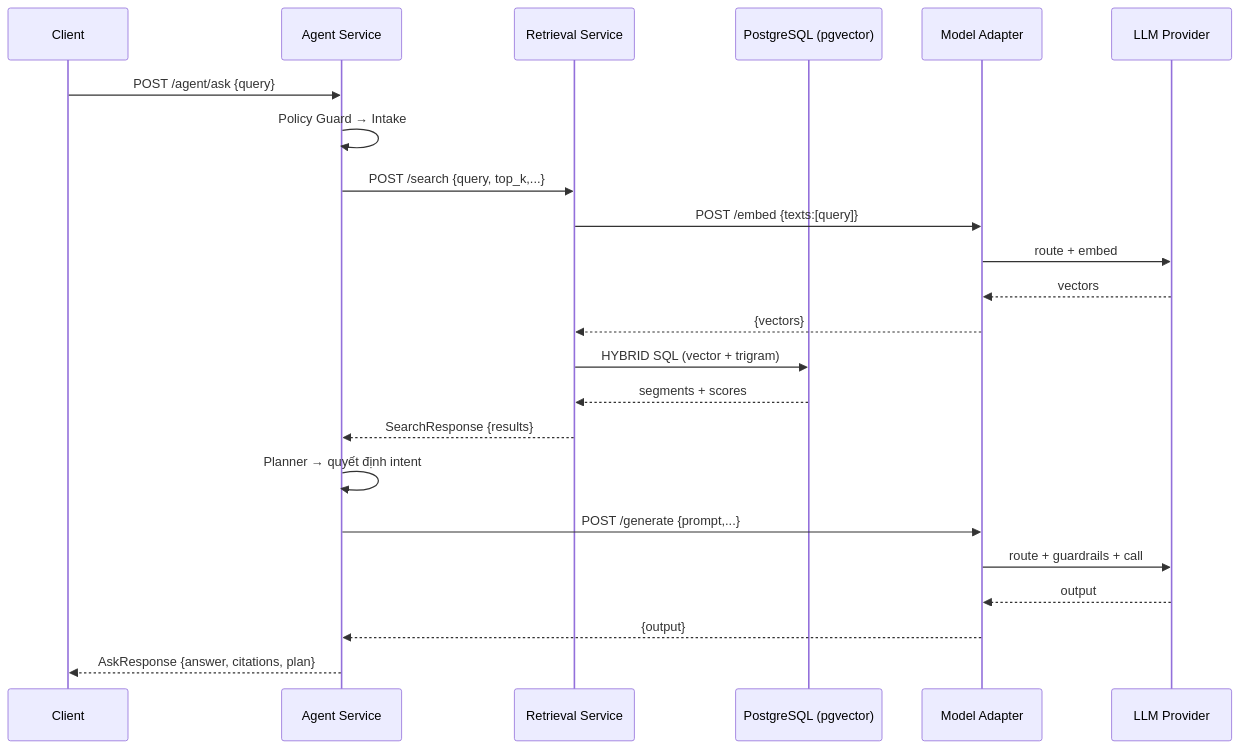
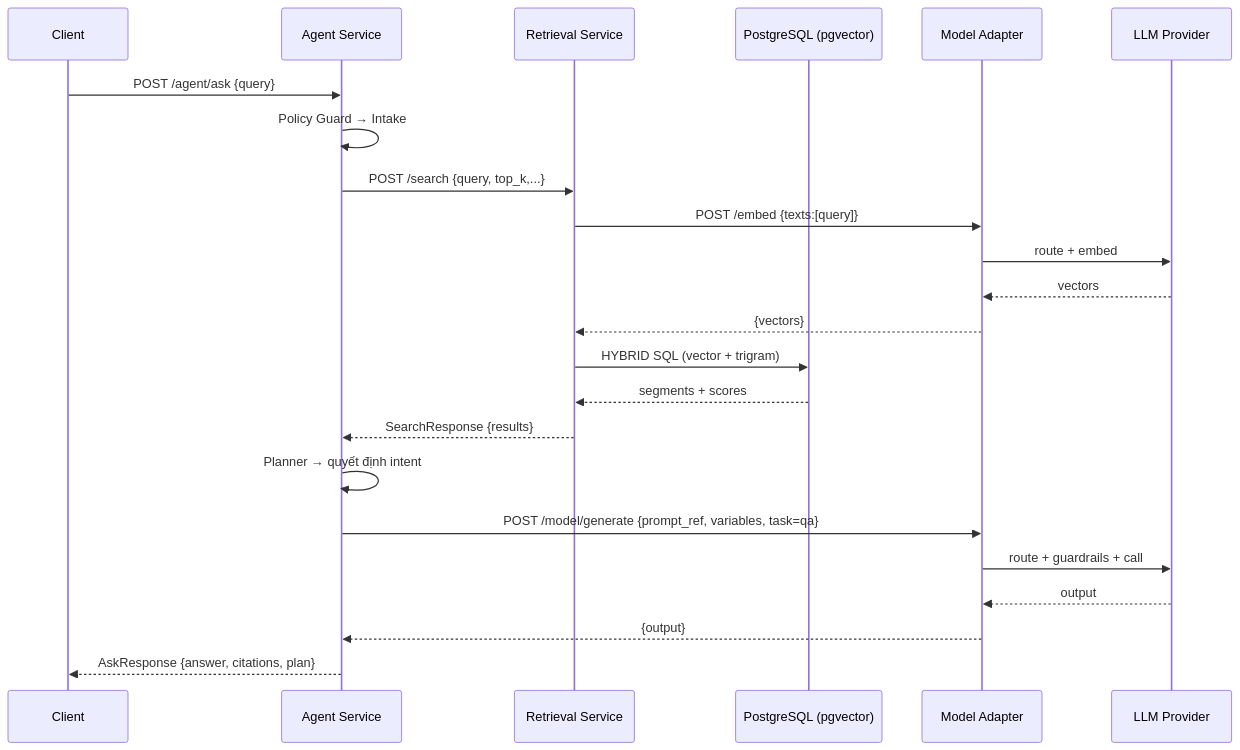
One commit to CaoHoangKiet222/Intelligent-Overlay changed the second of 2 diagrams in ARCHITECTURE.md. Above: the diagram before and after it, drawn with Mermaid. The commit also changed other lines of this file and 72 other files, not shown here.

````diff
--- a/ARCHITECTURE.md
+++ b/ARCHITECTURE.md
@@ -159,26 +162,26 @@
 ```mermaid
 sequenceDiagram
   participant C as Client
   participant AG as Agent Service
   participant RT as Retrieval Service
   participant DB as PostgreSQL (pgvector)
   participant MA as Model Adapter
   participant LLM as LLM Provider
 
   C->>AG: POST /agent/ask {query}
   AG->>AG: Policy Guard → Intake
   AG->>RT: POST /search {query, top_k,...}
   RT->>MA: POST /embed {texts:[query]}
   MA->>LLM: route + embed
   LLM-->>MA: vectors
   MA-->>RT: {vectors}
   RT->>DB: HYBRID SQL (vector + trigram)
   DB-->>RT: segments + scores
   RT-->>AG: SearchResponse {results}
   AG->>AG: Planner → quyết định intent
-  AG->>MA: POST /generate {prompt,...}
+  AG->>MA: POST /model/generate {prompt_ref, variables, task=qa}
   MA->>LLM: route + guardrails + call
   LLM-->>MA: output
   MA-->>AG: {output}
   AG-->>C: AskResponse {answer, citations, plan}
 ```
````
